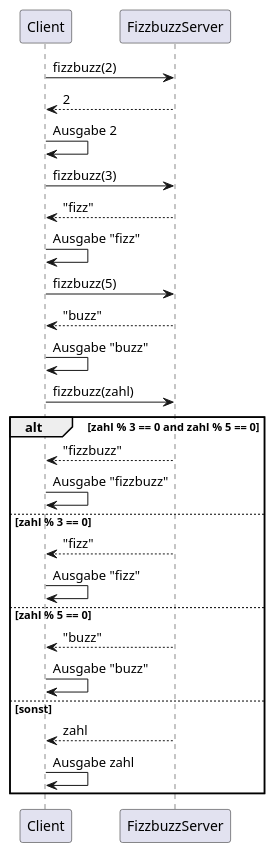
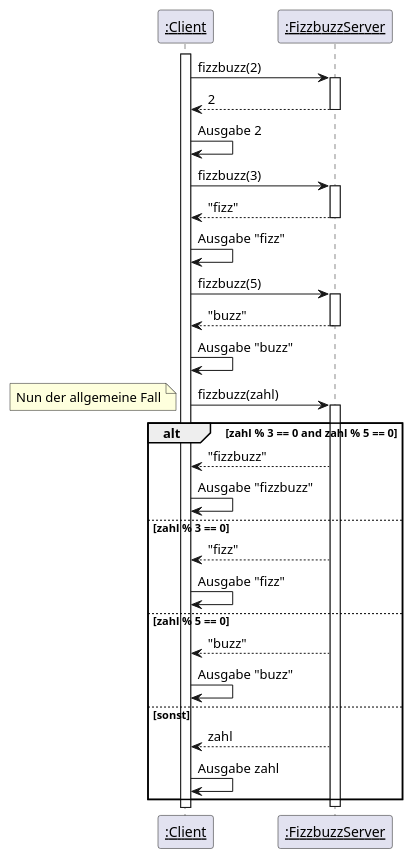
Before and after one commit to pintman/fizzbuzz: the second of 3 diagrams in fizzbuzz.org, drawn with PlantUML. The commit also changed other lines of this file and 3 other files, not shown here.

```diff
--- a/fizzbuzz.org
+++ b/fizzbuzz.org
@@ -1532,32 +1535,44 @@
 #+BEGIN_SRC plantuml :file doc/fizzbuzz-seqdiag.png :cache yes
 @startuml
-Client -> FizzbuzzServer: fizzbuzz(2)
-FizzbuzzServer --> Client: 2
-Client -> Client: Ausgabe 2
+skinparam sequenceParticipant underline
 
-Client -> FizzbuzzServer: fizzbuzz(3)
-FizzbuzzServer --> Client: "fizz"
-Client -> Client: Ausgabe "fizz"
+activate ":Client"
+":Client" -> ":FizzbuzzServer": fizzbuzz(2)
+activate ":FizzbuzzServer"
+":FizzbuzzServer" --> ":Client": 2
+deactivate ":FizzbuzzServer"
+":Client" -> ":Client": Ausgabe 2
 
-Client -> FizzbuzzServer: fizzbuzz(5)
-FizzbuzzServer --> Client: "buzz"
-Client -> Client: Ausgabe "buzz"
+":Client" -> ":FizzbuzzServer": fizzbuzz(3)
+activate ":FizzbuzzServer"
+":FizzbuzzServer" --> ":Client": "fizz"
+deactivate ":FizzbuzzServer"
+":Client" -> ":Client": Ausgabe "fizz"
 
-Client -> FizzbuzzServer: fizzbuzz(zahl)
+":Client" -> ":FizzbuzzServer": fizzbuzz(5)
+activate ":FizzbuzzServer"
+":FizzbuzzServer" --> ":Client": "buzz"
+deactivate ":FizzbuzzServer"
+":Client" -> ":Client": Ausgabe "buzz"
 
+":Client" -> ":FizzbuzzServer": fizzbuzz(zahl)
+activate ":FizzbuzzServer"
+
+note left: Nun der allgemeine Fall
 alt zahl % 3 == 0 and zahl % 5 == 0
-    FizzbuzzServer --> Client: "fizzbuzz"
-    Client -> Client: Ausgabe "fizzbuzz"
+    ":FizzbuzzServer" --> ":Client": "fizzbuzz"
+    ":Client" -> ":Client": Ausgabe "fizzbuzz"
 else zahl % 3 == 0
-    FizzbuzzServer --> Client: "fizz"
-    Client -> Client: Ausgabe "fizz"
+    ":FizzbuzzServer" --> ":Client": "fizz"
+    ":Client" -> ":Client": Ausgabe "fizz"
 else zahl % 5 == 0
-    FizzbuzzServer --> Client: "buzz"
-    Client -> Client: Ausgabe "buzz"
+    ":FizzbuzzServer" --> ":Client": "buzz"
+    ":Client" -> ":Client": Ausgabe "buzz"
 else sonst
-    FizzbuzzServer --> Client: zahl
-    Client -> Client: Ausgabe zahl
+    ":FizzbuzzServer" --> ":Client": zahl
+    ":Client" -> ":Client": Ausgabe zahl
+end
+deactivate ":FizzbuzzServer"
 
-end
 @enduml
 #+END_SRC
```
